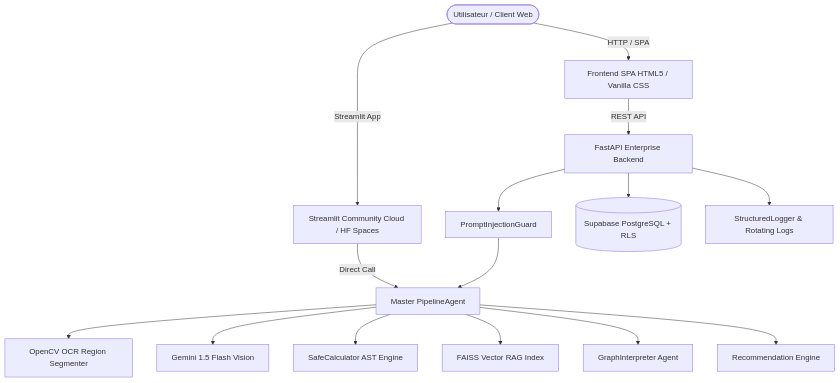
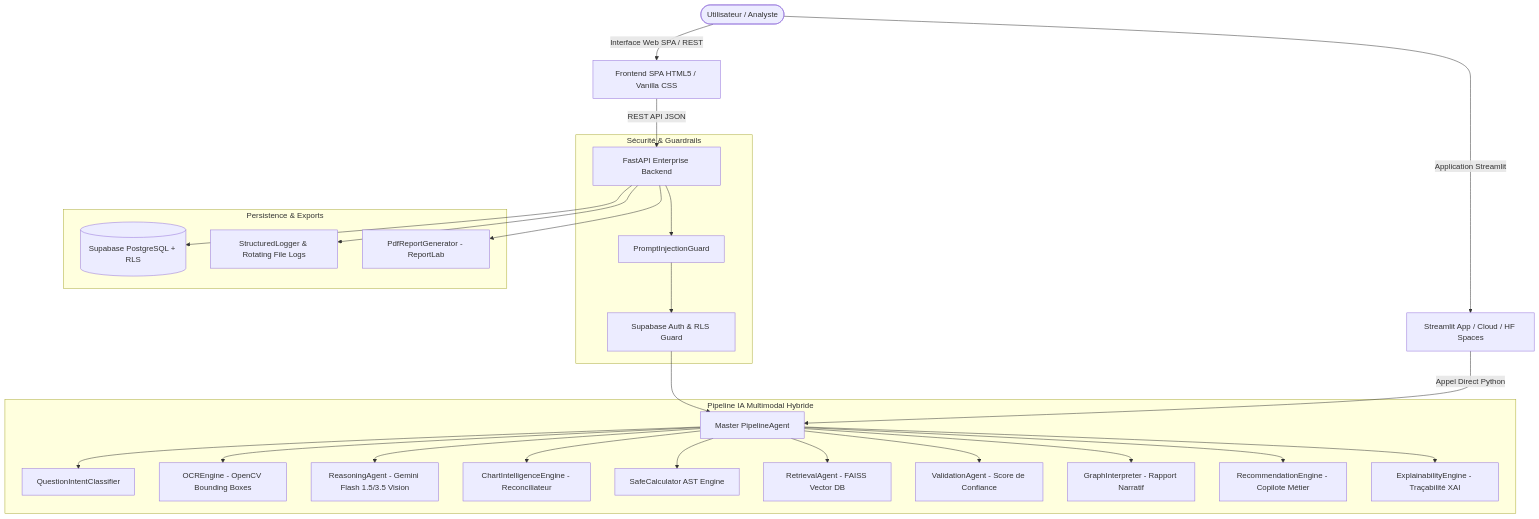
One commit to ChrisMouahe/GrapheinAI changed the diagram in README.md. Above: the diagram before and after it, drawn with Mermaid. The commit also changed other lines of this file and 7 other files, not shown here.

````diff
--- a/README.md
+++ b/README.md
@@ -32,20 +56,34 @@
 ```mermaid
 graph TD
-    User([Utilisateur / Client Web]) -->|HTTP / SPA| Frontend[Frontend SPA HTML5 / Vanilla CSS]
-    User -->|Streamlit App| Streamlit[Streamlit Community Cloud / HF Spaces]
-    Frontend -->|REST API| API[FastAPI Enterprise Backend]
-    Streamlit -->|Direct Call| Pipeline[Master PipelineAgent]
+    User([Utilisateur / Analyste]) -->|Interface Web SPA / REST| SPA[Frontend SPA HTML5 / Vanilla CSS]
+    User -->|Application Streamlit| ST[Streamlit App / Cloud / HF Spaces]
     
-    API --> Security[PromptInjectionGuard]
-    Security --> Pipeline
+    SPA -->|REST API JSON| API[FastAPI Enterprise Backend]
+    ST -->|Appel Direct Python| Pipeline[Master PipelineAgent]
     
-    Pipeline --> OCR[OpenCV OCR Region Segmenter]
-    Pipeline --> VLM[Gemini 1.5 Flash Vision]
-    Pipeline --> AST[SafeCalculator AST Engine]
-    Pipeline --> FAISS[FAISS Vector RAG Index]
-    Pipeline --> Interpreter[GraphInterpreter Agent]
-    Pipeline --> RecEngine[Recommendation Engine]
+    subgraph Sécurité & Guardrails
+        API --> Guard[PromptInjectionGuard]
+        Guard --> Auth[Supabase Auth & RLS Guard]
+    end
     
-    API --> Supabase[(Supabase PostgreSQL + RLS)]
-    API --> Logger[StructuredLogger & Rotating Logs]
+    Auth --> Pipeline
+    
+    subgraph Pipeline IA Multimodal Hybride
+        Pipeline --> Intent[QuestionIntentClassifier]
+        Pipeline --> OCR[OCREngine - OpenCV Bounding Boxes]
+        Pipeline --> VLM[ReasoningAgent - Gemini Flash 1.5/3.5 Vision]
+        Pipeline --> Intel[ChartIntelligenceEngine - Reconciliateur]
+        Pipeline --> AST[SafeCalculator AST Engine]
+        Pipeline --> RAG[RetrievalAgent - FAISS Vector DB]
+        Pipeline --> Validation[ValidationAgent - Score de Confiance]
+        Pipeline --> Interpreter[GraphInterpreter - Rapport Narratif]
+        Pipeline --> Recs[RecommendationEngine - Copilote Métier]
+        Pipeline --> XAI[ExplainabilityEngine - Traçabilité XAI]
+    end
+    
+    subgraph Persistence & Exports
+        API --> SupaDB[(Supabase PostgreSQL + RLS)]
+        API --> Logger[StructuredLogger & Rotating File Logs]
+        API --> PDF[PdfReportGenerator - ReportLab]
+    end
 ```
````
